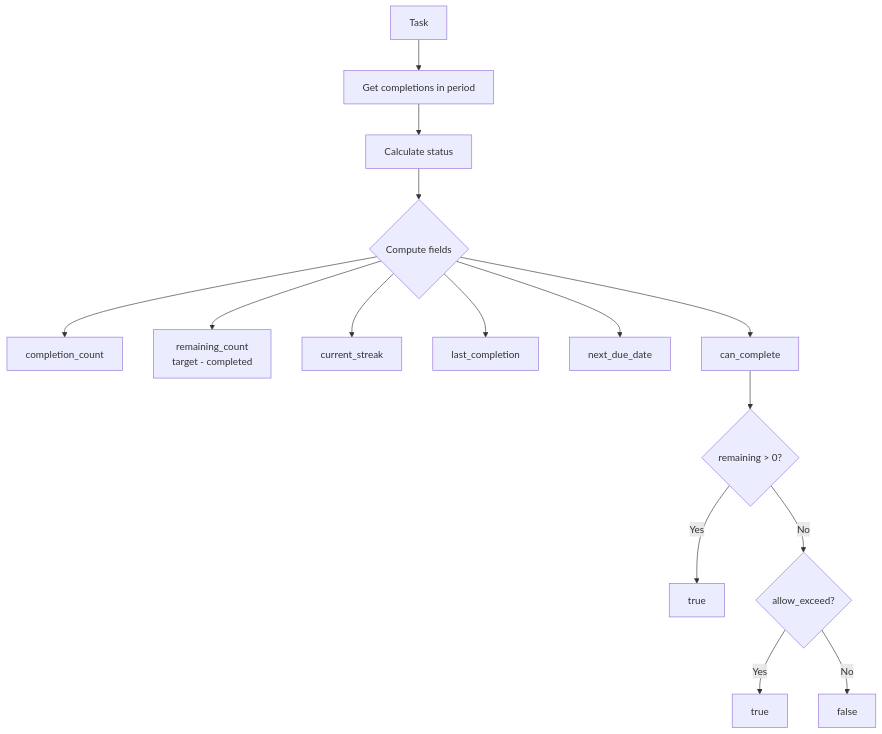
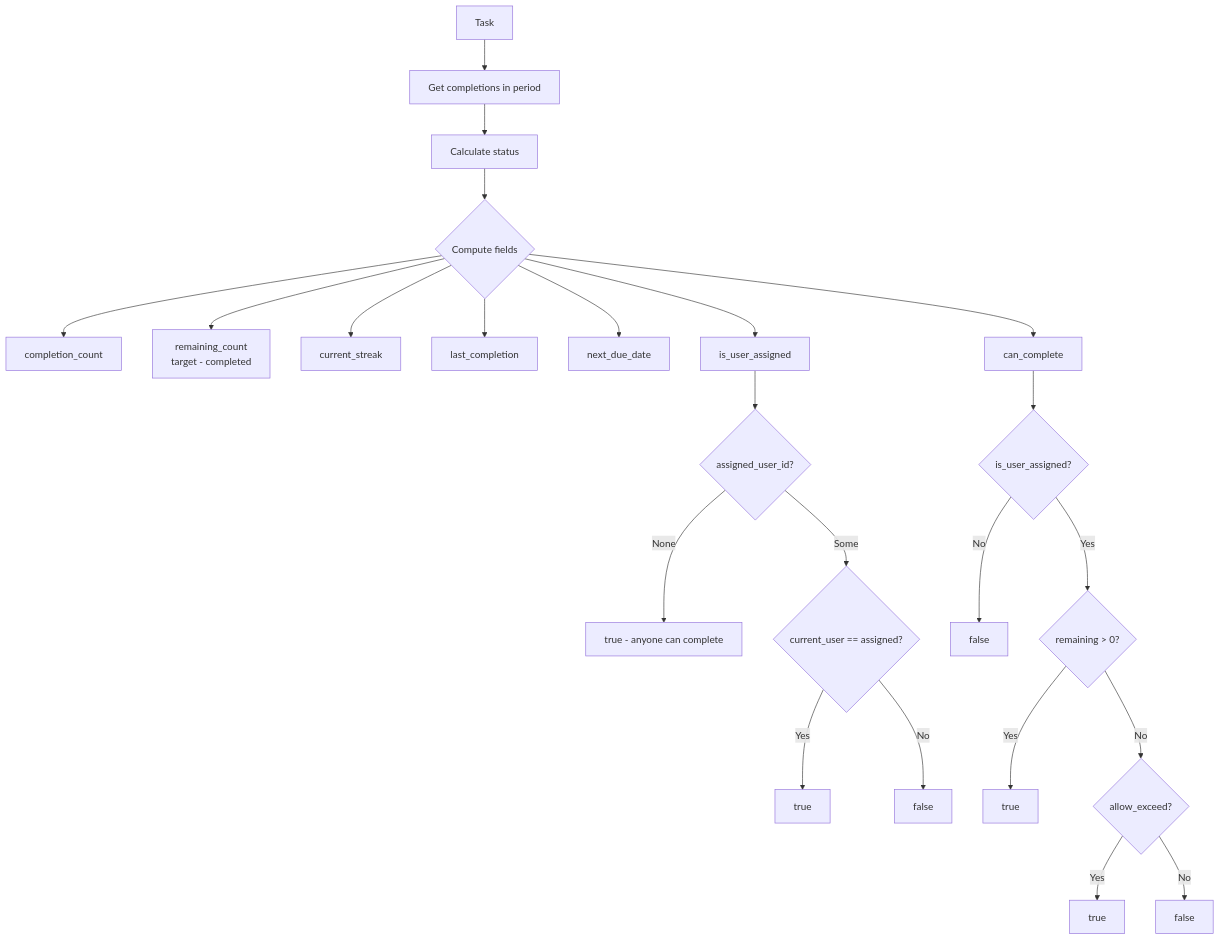
Before and after one commit to neosam/haushalt: the sixth of 9 diagrams in specs/architecture/06-task-flow.md, drawn with Mermaid. The commit also changed other lines of this file and 4 other files, not shown here.

````diff
--- a/specs/architecture/06-task-flow.md
+++ b/specs/architecture/06-task-flow.md
@@ -152,20 +157,29 @@
 ```mermaid
 flowchart TB
     Task[Task] --> GetCompletions[Get completions in period]
     GetCompletions --> CalcStatus[Calculate status]
 
     CalcStatus --> Fields{Compute fields}
 
     Fields --> CC[completion_count]
     Fields --> RC[remaining_count<br/>target - completed]
     Fields --> Streak[current_streak]
     Fields --> LastComp[last_completion]
     Fields --> NextDue[next_due_date]
+    Fields --> IsAssigned[is_user_assigned]
     Fields --> CanComp[can_complete]
 
-    CanComp --> Check1{remaining > 0?}
+    IsAssigned --> AssignCheck{assigned_user_id?}
+    AssignCheck -->|None| AssignTrue[true - anyone can complete]
+    AssignCheck -->|Some| UserMatch{current_user == assigned?}
+    UserMatch -->|Yes| AssignTrue2[true]
+    UserMatch -->|No| AssignFalse[false]
+
+    CanComp --> CheckAssign{is_user_assigned?}
+    CheckAssign -->|No| CanFalse[false]
+    CheckAssign -->|Yes| Check1{remaining > 0?}
     Check1 -->|Yes| True1[true]
     Check1 -->|No| Check2{allow_exceed?}
     Check2 -->|Yes| True2[true]
     Check2 -->|No| False[false]
 ```
````
